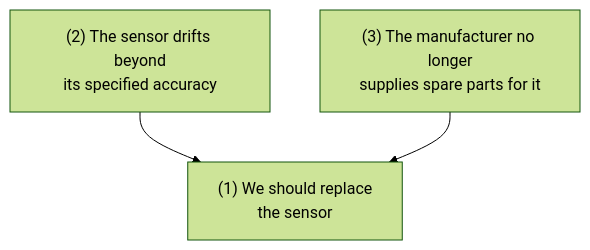
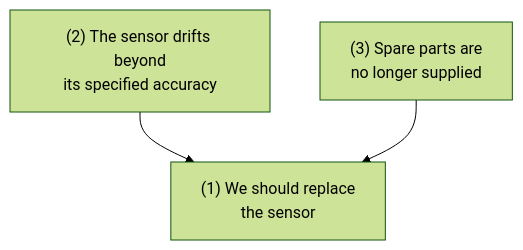
Before and after one commit to acrr-asia/acrr: the second of 3 diagrams in src/content/blog/arguments-and-their-structure.mdx, drawn with Mermaid (forest theme). The commit also changed other lines of this file and 5 other files, not shown here.

````diff
--- a/src/content/blog/arguments-and-their-structure.mdx
+++ b/src/content/blog/arguments-and-their-structure.mdx
@@ -97,5 +97,5 @@
 ```mermaid
 flowchart TB
     P2["(2) The sensor drifts beyond<br/>its specified accuracy"] --> C["(1) We should replace<br/>the sensor"]
-    P3["(3) The manufacturer no longer<br/>supplies spare parts for it"] --> C
+    P3["(3) Spare parts are<br/>no longer supplied"] --> C
 ```
````
